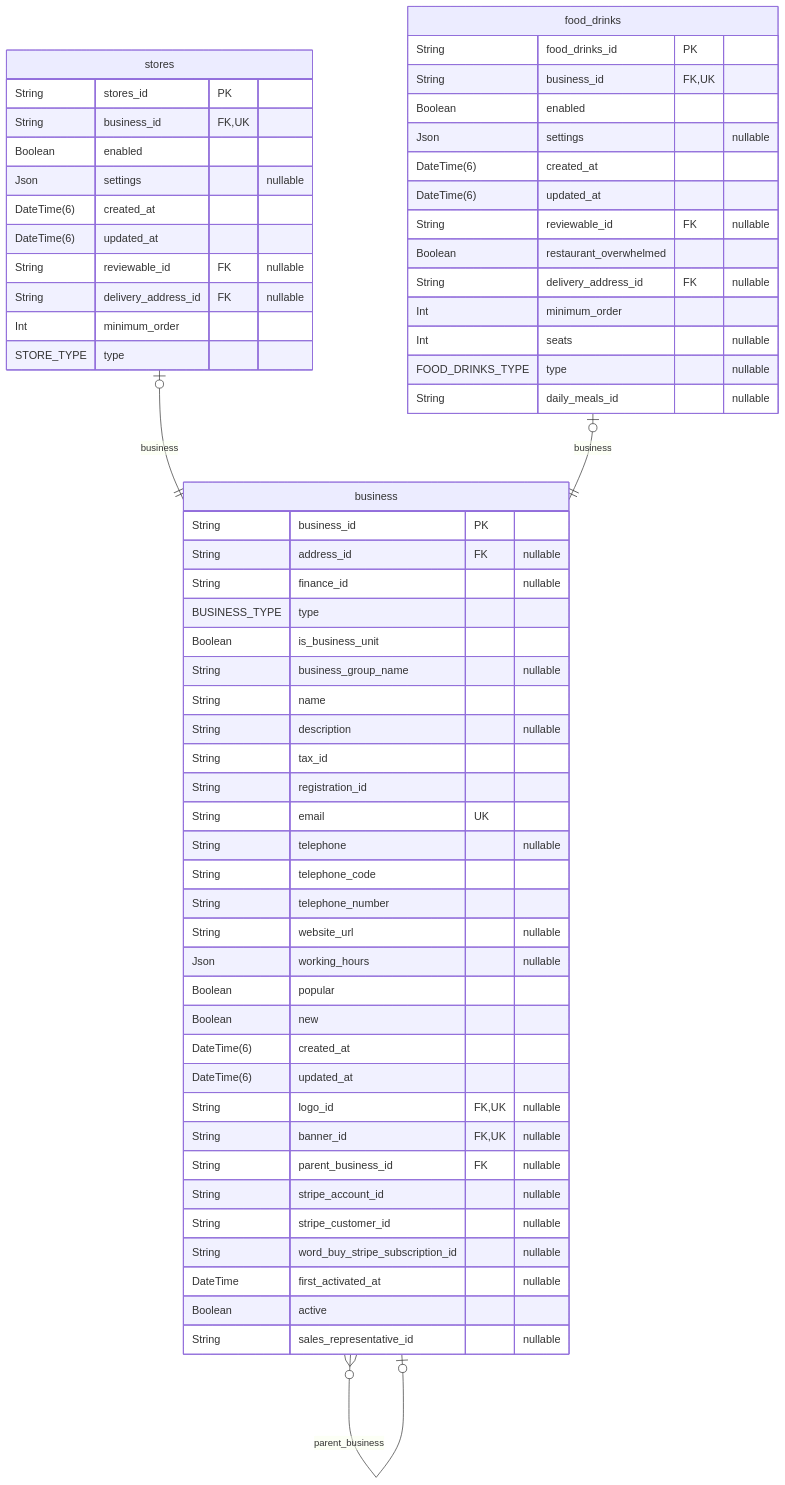
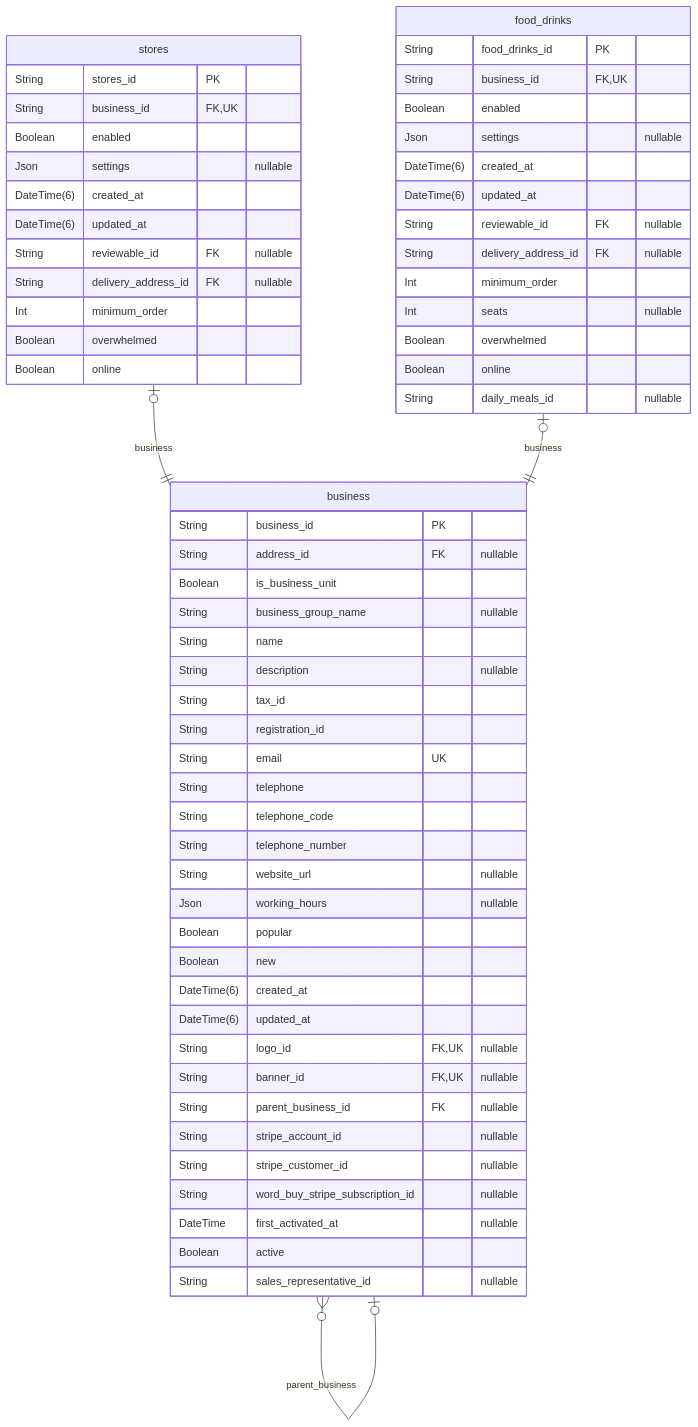
Before and after one commit to pbozic/be-analyisis: diagram 39 of 39 in prisma/schemas/ERD.md, drawn with Mermaid. The commit also changed other lines of this file and 4 other files, not shown here.

````diff
--- a/prisma/schemas/ERD.md
+++ b/prisma/schemas/ERD.md
@@ -7172,64 +7169,63 @@
 ```mermaid
 erDiagram
 "business" {
   String business_id PK
   String address_id FK "nullable"
-  String finance_id "nullable"
-  BUSINESS_TYPE type
   Boolean is_business_unit
   String business_group_name "nullable"
   String name
   String description "nullable"
   String tax_id
   String registration_id
   String email UK
-  String telephone "nullable"
+  String telephone
   String telephone_code
   String telephone_number
   String website_url "nullable"
   Json working_hours "nullable"
   Boolean popular
   Boolean new
   DateTime(6) created_at
   DateTime(6) updated_at
   String logo_id FK,UK "nullable"
   String banner_id FK,UK "nullable"
   String parent_business_id FK "nullable"
   String stripe_account_id "nullable"
   String stripe_customer_id "nullable"
   String word_buy_stripe_subscription_id "nullable"
   DateTime first_activated_at "nullable"
   Boolean active
   String sales_representative_id "nullable"
 }
 "stores" {
   String stores_id PK
   String business_id FK,UK
   Boolean enabled
   Json settings "nullable"
   DateTime(6) created_at
   DateTime(6) updated_at
   String reviewable_id FK "nullable"
   String delivery_address_id FK "nullable"
   Int minimum_order
-  STORE_TYPE type
+  Boolean overwhelmed
+  Boolean online
 }
 "food_drinks" {
   String food_drinks_id PK
   String business_id FK,UK
   Boolean enabled
   Json settings "nullable"
   DateTime(6) created_at
   DateTime(6) updated_at
   String reviewable_id FK "nullable"
-  Boolean restaurant_overwhelmed
   String delivery_address_id FK "nullable"
   Int minimum_order
   Int seats "nullable"
-  FOOD_DRINKS_TYPE type "nullable"
+  Boolean overwhelmed
+  Boolean online
   String daily_meals_id "nullable"
 }
 "business" }o--o| "business" : parent_business
 "stores" |o--|| "business" : business
 "food_drinks" |o--|| "business" : business
 ```
````
